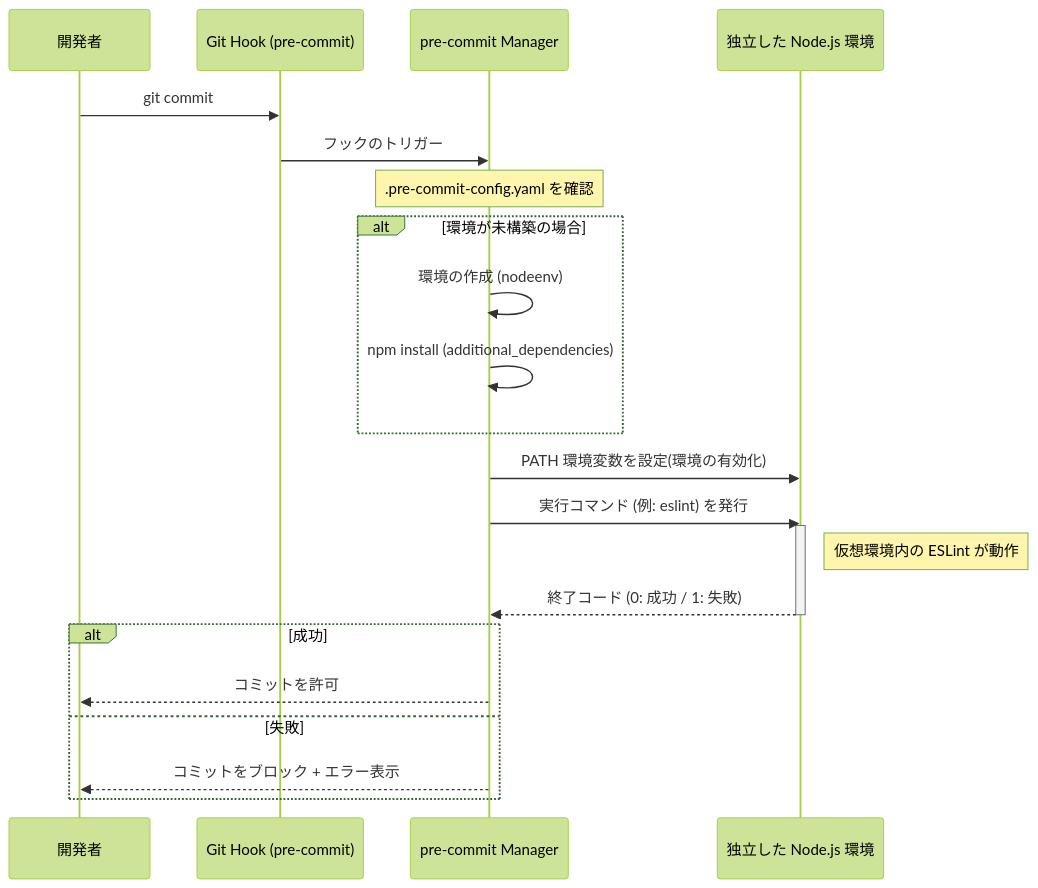
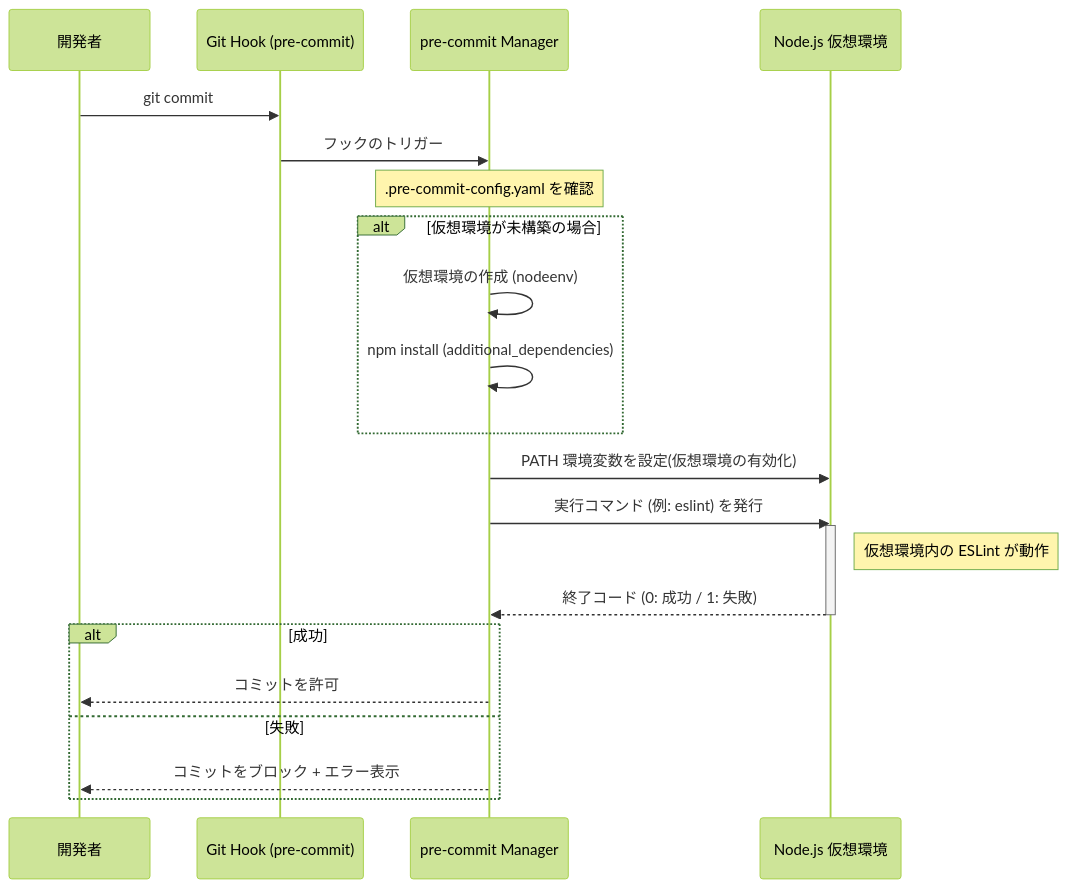
The sixth of 7 diagrams in docs/ARCHITECTURE.md (masanori-satake/refactoring-battle-arena), drawn with Mermaid (forest theme) before and after one commit. The commit also changed other lines of this file and 2 other files, not shown here.

Commit message:
ドキュメントの内容を改善し、仮想環境に関する説明を明確化しました。また、関連するMermaid図を更新しました。

````diff
--- a/docs/ARCHITECTURE.md
+++ b/docs/ARCHITECTURE.md
@@ -219,30 +219,30 @@
 ```mermaid
 sequenceDiagram
     participant Dev as 開発者
     participant Git as Git Hook (pre-commit)
     participant PC as pre-commit Manager
-    participant ENV as 独立した Node.js 環境
+    participant ENV as Node.js 仮想環境
 
     Dev->>Git: git commit
     Git->>PC: フックのトリガー
 
     Note over PC: .pre-commit-config.yaml を確認
 
-    alt 環境が未構築の場合
-        PC->>PC: 環境の作成 (nodeenv)
+    alt 仮想環境が未構築の場合
+        PC->>PC: 仮想環境の作成 (nodeenv)
         PC->>PC: npm install (additional_dependencies)
     end
 
-    PC->>ENV: PATH 環境変数を設定(環境の有効化)
+    PC->>ENV: PATH 環境変数を設定(仮想環境の有効化)
     PC->>ENV: 実行コマンド (例: eslint) を発行
     activate ENV
     Note right of ENV: 仮想環境内の ESLint が動作
     ENV-->>PC: 終了コード (0: 成功 / 1: 失敗)
     deactivate ENV
 
     alt 成功
         PC-->>Dev: コミットを許可
     else 失敗
         PC-->>Dev: コミットをブロック + エラー表示
     end
 ```
````
